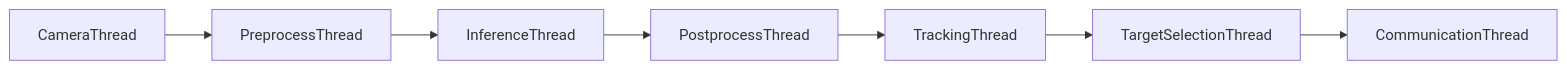
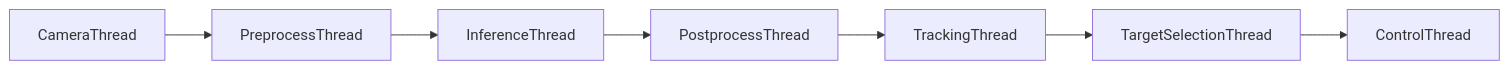
The diagram in README.md (lwir-deepx-tracking-system/runtime), drawn with Mermaid before and after one commit. The commit also changed other lines of this file and 18 other files, not shown here.

````diff
--- a/README.md
+++ b/README.md
@@ -7,4 +7,4 @@
 ```mermaid
 flowchart LR
-    CameraThread --> PreprocessThread --> InferenceThread --> PostprocessThread --> TrackingThread --> TargetSelectionThread --> CommunicationThread
+    CameraThread --> PreprocessThread --> InferenceThread --> PostprocessThread --> TrackingThread --> TargetSelectionThread --> ControlThread
 ```
````
